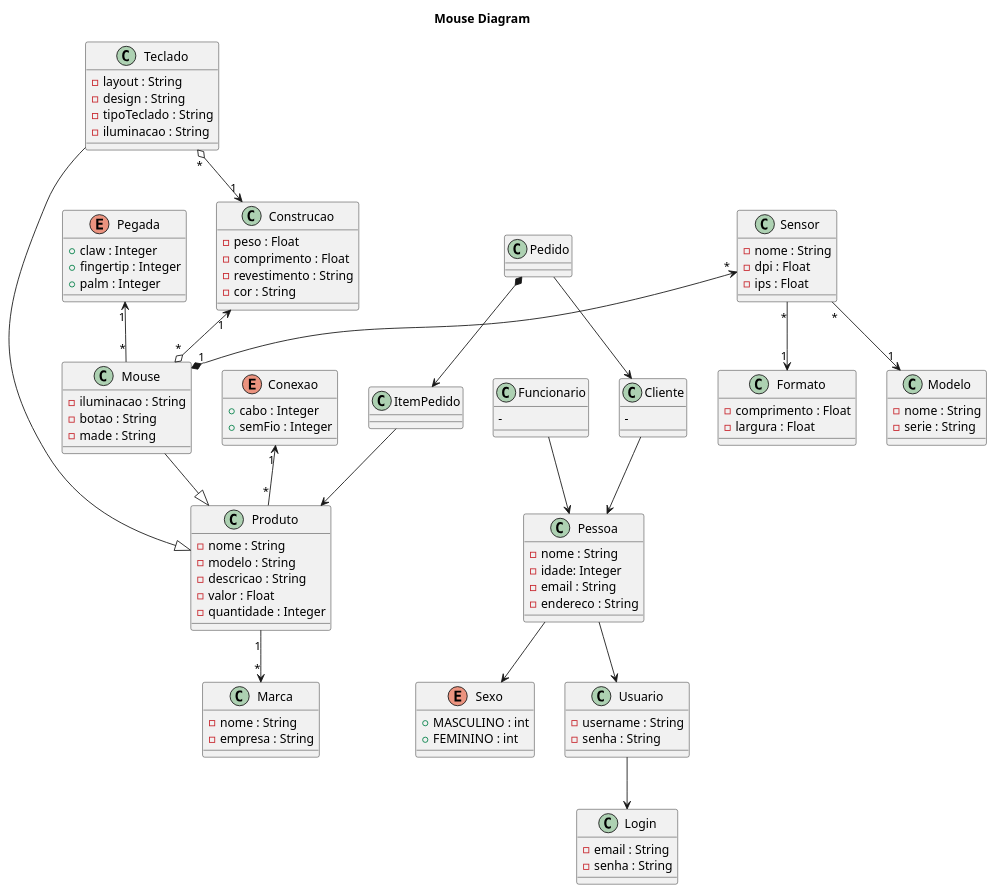
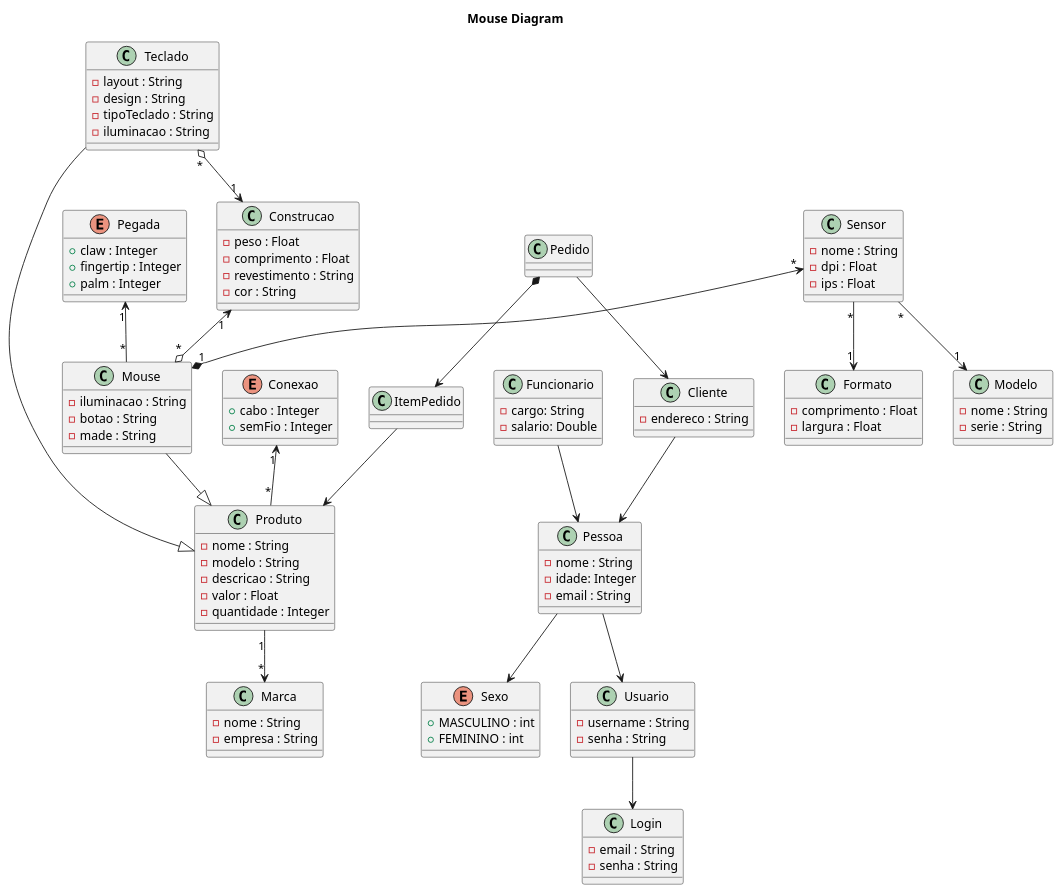
One commit to LucasGabrielSousaDaSilva/e-commerce-teclado-mouse changed the diagram in src/main/resources/docs/ecommerce_mouse_teclado.plantuml. Above: the diagram before and after it, drawn with PlantUML. The commit also changed 8 other files, not shown here.

```diff
--- a/src/main/resources/docs/ecommerce_mouse_teclado.plantuml
+++ b/src/main/resources/docs/ecommerce_mouse_teclado.plantuml
@@ -1,126 +1,126 @@
 @startuml
 
 title Mouse Diagram
 
 class Mouse{
   -iluminacao : String
   -botao : String
   -made : String
 }
 
 class Teclado{
   -layout : String
   -design : String
   -tipoTeclado : String
   -iluminacao : String
 }
 
 enum Pegada{
   +claw : Integer
   +fingertip : Integer
   +palm : Integer
 }
 
 class Produto{
   -nome : String
   -modelo : String
   -descricao : String
   -valor : Float
   -quantidade : Integer
 }
 
 enum Conexao{
   +cabo : Integer
   +semFio : Integer
 }
 
 class Marca{
   -nome : String
   -empresa : String
 }
 
 class Construcao{
   -peso : Float
   -comprimento : Float
   -revestimento : String
   -cor : String
 }
 
 class Sensor{
   -nome : String
   -dpi : Float
   -ips : Float
 }
 
 class Formato{
   -comprimento : Float
   -largura : Float
 }
 
 class Modelo{
   -nome : String
   -serie : String
 }
 
 class Pedido{
 
 }
 
 class ItemPedido{
 
 }
 
 class Funcionario{
- -
+ - cargo: String
+ - salario: Double
 }
 
 class Cliente{
- -
+ -endereco : String 
 }
 
 Class Pessoa{
  -nome : String
  -idade: Integer
  -email : String
- -endereco : String
 }
 
 enum Sexo{
  + MASCULINO : int
  + FEMININO : int
 }
 
 Class Usuario{
  -username : String
  -senha : String
 }
 
 Class Login{
  -email : String
  -senha : String
 }
 
 Pegada "1"<--"*" Mouse
 Construcao "1"<--o "*" Mouse
 Sensor "*"<--*"1" Mouse
 Sensor "*"-->"1" Modelo
 Sensor "*"-->"1" Formato
 Mouse --|> Produto
 Produto "1"-->"*" Marca
 Conexao "1"<--"*" Produto
 
 Teclado "*" o-->"1" Construcao
 Teclado --|> Produto
 
 Usuario --> Login
 Pessoa --> Usuario
 Pessoa --> Sexo
 Cliente --> Pessoa
 Funcionario --> Pessoa
 
 Pedido --> Cliente
 Pedido *--> ItemPedido
 ItemPedido --> Produto
 
 
 @enduml
```
